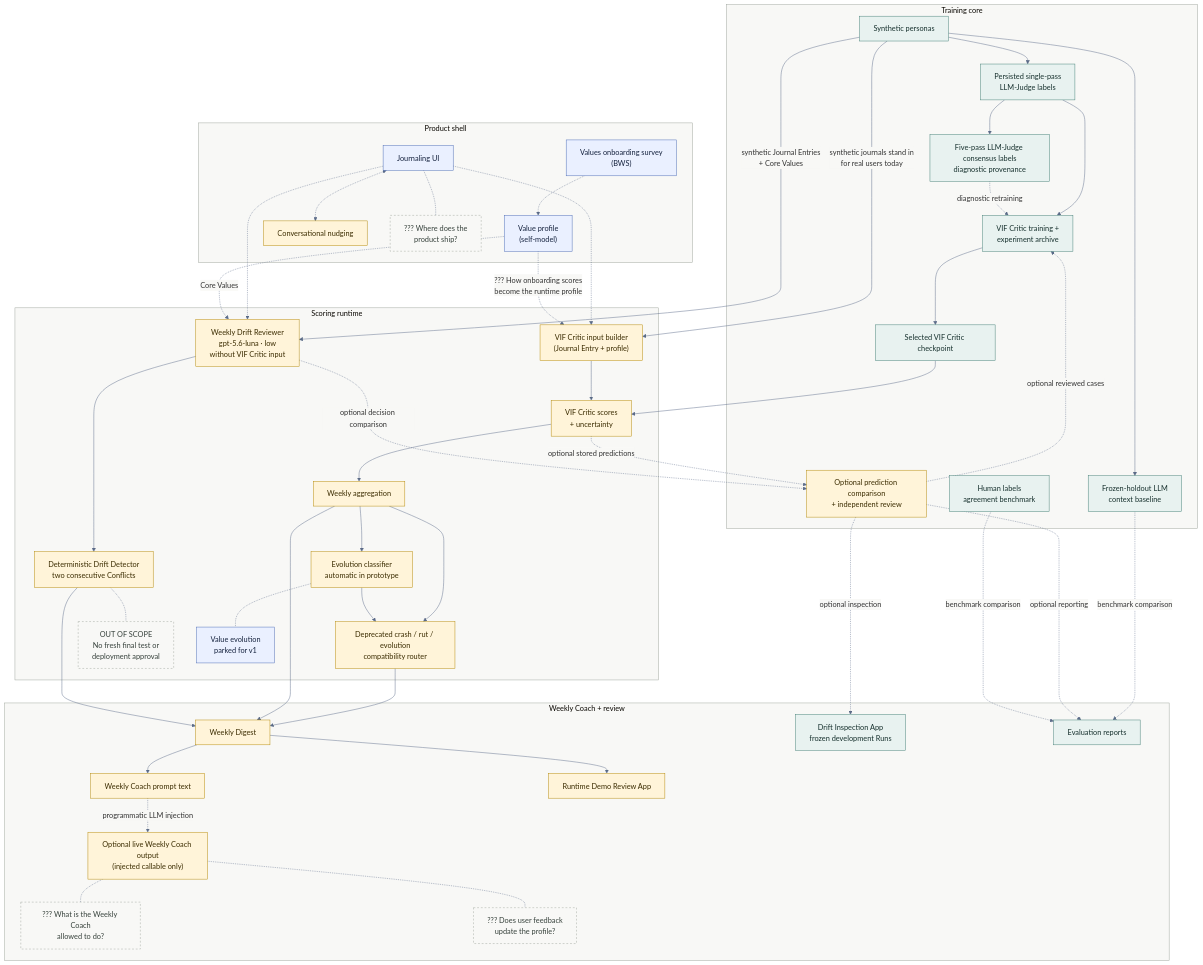
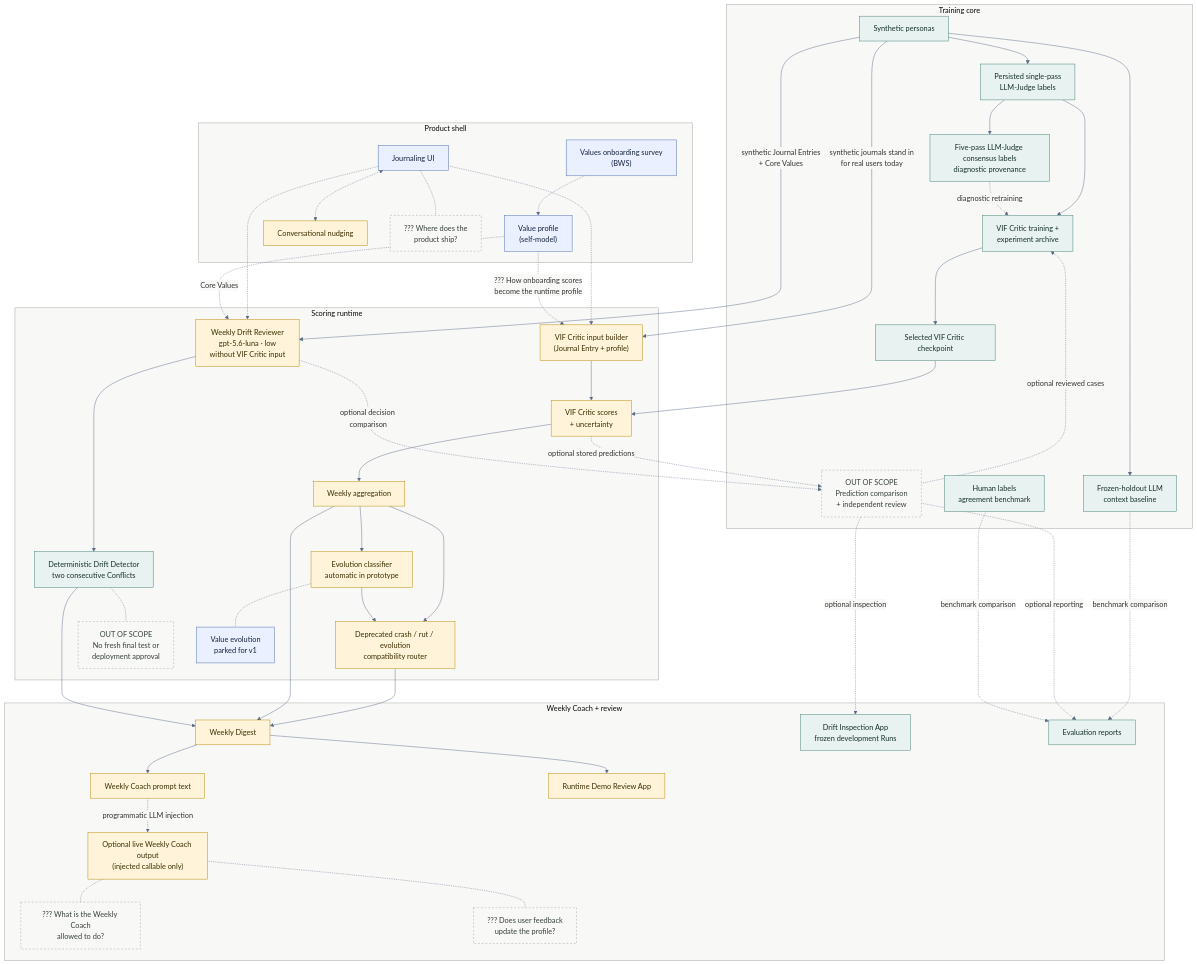
One commit to DesmondChoy/twinkl changed the diagram in docs/architecture/e2e_architecture.md. Above: the diagram before and after it, drawn with Mermaid. The commit also changed other lines of this file and 13 other files, not shown here.

````diff
--- a/docs/architecture/e2e_architecture.md
+++ b/docs/architecture/e2e_architecture.md
@@ -42,7 +42,7 @@
         critic_train["VIF Critic training +<br/>experiment archive"]
         checkpoint["Selected VIF Critic checkpoint"]
         llm_baseline["Frozen-holdout LLM<br/>context baseline"]
-        offline_review["Optional prediction comparison<br/>+ independent review"]
+        offline_review["OUT OF SCOPE<br/>Prediction comparison<br/>+ independent review"]
     end
 
     subgraph product["Product shell"]
@@ -103,7 +103,7 @@
     personas -->|"synthetic journals stand in<br/>for real users today"| state
     personas -->|"synthetic Journal Entries<br/>+ Core Values"| reviewer
 
-    %% Scoring runtime (wired, experimental)
+    %% Scoring runtime (wired, mixed maturity)
     checkpoint --> scores
     state --> scores --> weekly --> drift
     weekly --> evolution --> drift
@@ -124,9 +124,9 @@
     narrative -.- d_boundary
     narrative -.- d_feedback
 
-    class personas,judge,consensus,annotation,critic_train,checkpoint,llm_baseline,drift_review,reports implemented;
-    class state,scores,weekly,drift,evolution,reviewer,drift_v1,digest,prompt,narrative,runtime_review,offline_review,nudges partial;
+    class personas,judge,consensus,annotation,critic_train,checkpoint,llm_baseline,drift_v1,drift_review,reports implemented;
+    class state,scores,weekly,drift,evolution,reviewer,digest,prompt,narrative,runtime_review,nudges partial;
     class onboarding,profile,journaling,d_evolution specified;
     class d_surface,d_boundary,d_feedback decision;
-    class d_trigger scope;
+    class d_trigger,offline_review scope;
 ```
````
